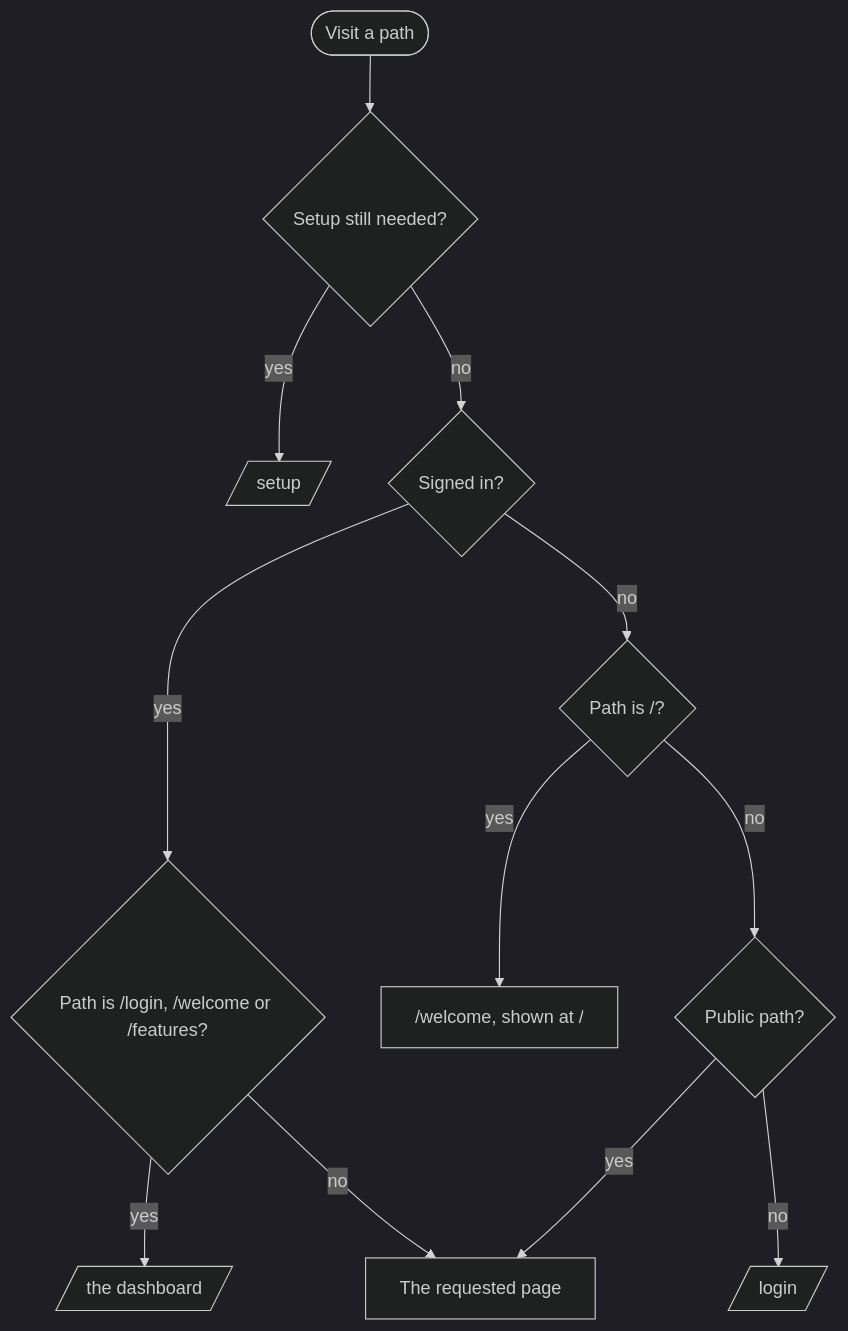
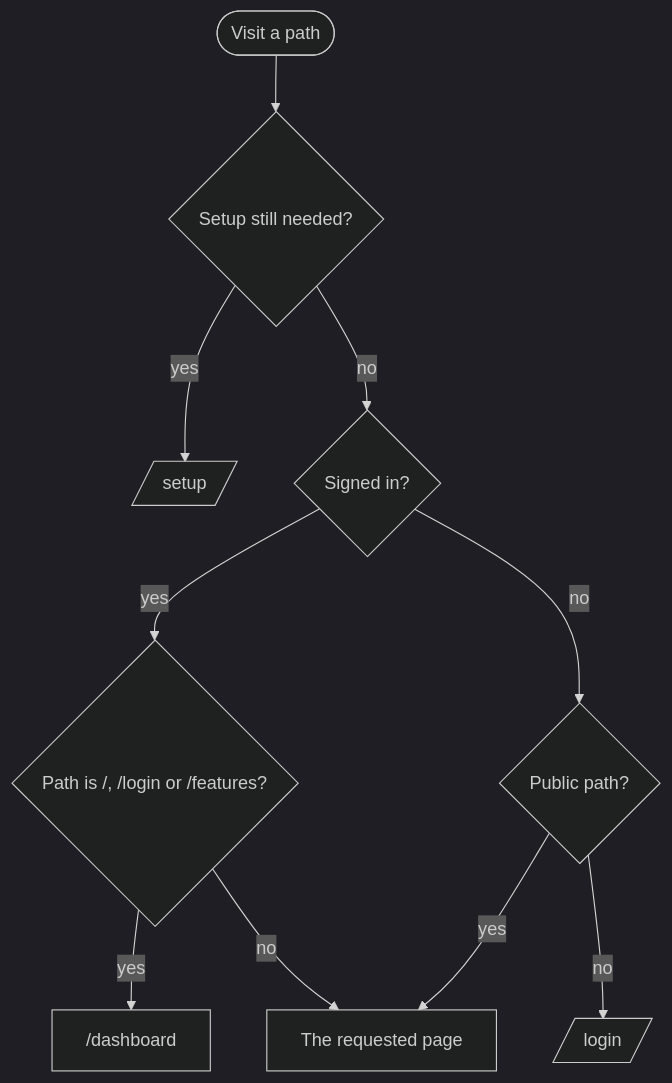
One commit to Justxs/Jx-Finance changed the diagram in docs/features/landing-page.md. Above: the diagram before and after it, drawn with Mermaid (dark theme). The commit also changed other lines of this file and 279 other files, not shown here.

````diff
--- a/docs/features/landing-page.md
+++ b/docs/features/landing-page.md
@@ -25,14 +26,12 @@
 ```mermaid
 flowchart TD
     visit([Visit a path]) --> setup{Setup still needed?}
     setup -- yes --> toSetup[/setup/]
     setup -- no --> session{Signed in?}
-    session -- yes --> signedPath{Path is /login, /welcome or /features?}
-    signedPath -- yes --> dashboard[/ the dashboard/]
+    session -- yes --> signedPath{Path is /, /login or /features?}
+    signedPath -- yes --> dashboard["/dashboard"]
     signedPath -- no --> page[The requested page]
-    session -- no --> root{Path is /?}
-    root -- yes --> welcome["/welcome, shown at /"]
-    root -- no --> public{Public path?}
+    session -- no --> public{Public path?}
     public -- yes --> page
     public -- no --> login[/login/]
 ```
````
